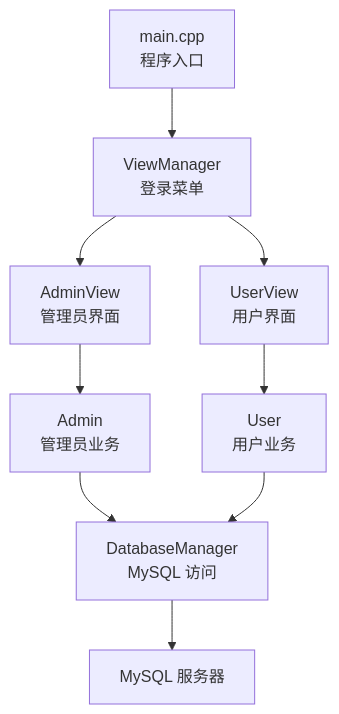
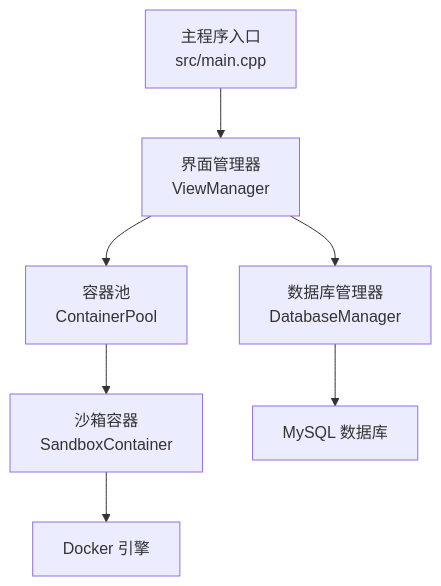
One commit to jinpeng900/OJ-Test changed the second of 5 diagrams in .qoder/repowiki/zh/content/快速开始.md. Above: the diagram before and after it, drawn with Mermaid. The commit also changed other lines of this file and 126 other files, not shown here.

````diff
--- a/.qoder/repowiki/zh/content/快速开始.md
+++ b/.qoder/repowiki/zh/content/快速开始.md
@@ -111,11 +91,9 @@
 ```mermaid
 graph TB
-Main["main.cpp<br/>程序入口"] --> VM["ViewManager<br/>登录菜单"]
-VM --> AV["AdminView<br/>管理员界面"]
-VM --> UV["UserView<br/>用户界面"]
-AV --> ADM["Admin<br/>管理员业务"]
-UV --> USR["User<br/>用户业务"]
-ADM --> DBM["DatabaseManager<br/>MySQL 访问"]
-USR --> DBM
-DBM --> MySQL["MySQL 服务器"]
+UI["主程序入口<br/>src/main.cpp"] --> VM["界面管理器<br/>ViewManager"]
+VM --> DB["数据库管理器<br/>DatabaseManager"]
+VM --> JP["容器池<br/>ContainerPool"]
+JP --> SC["沙箱容器<br/>SandboxContainer"]
+SC --> DK["Docker 引擎"]
+DB --> MY["MySQL 数据库"]
 ```
````
